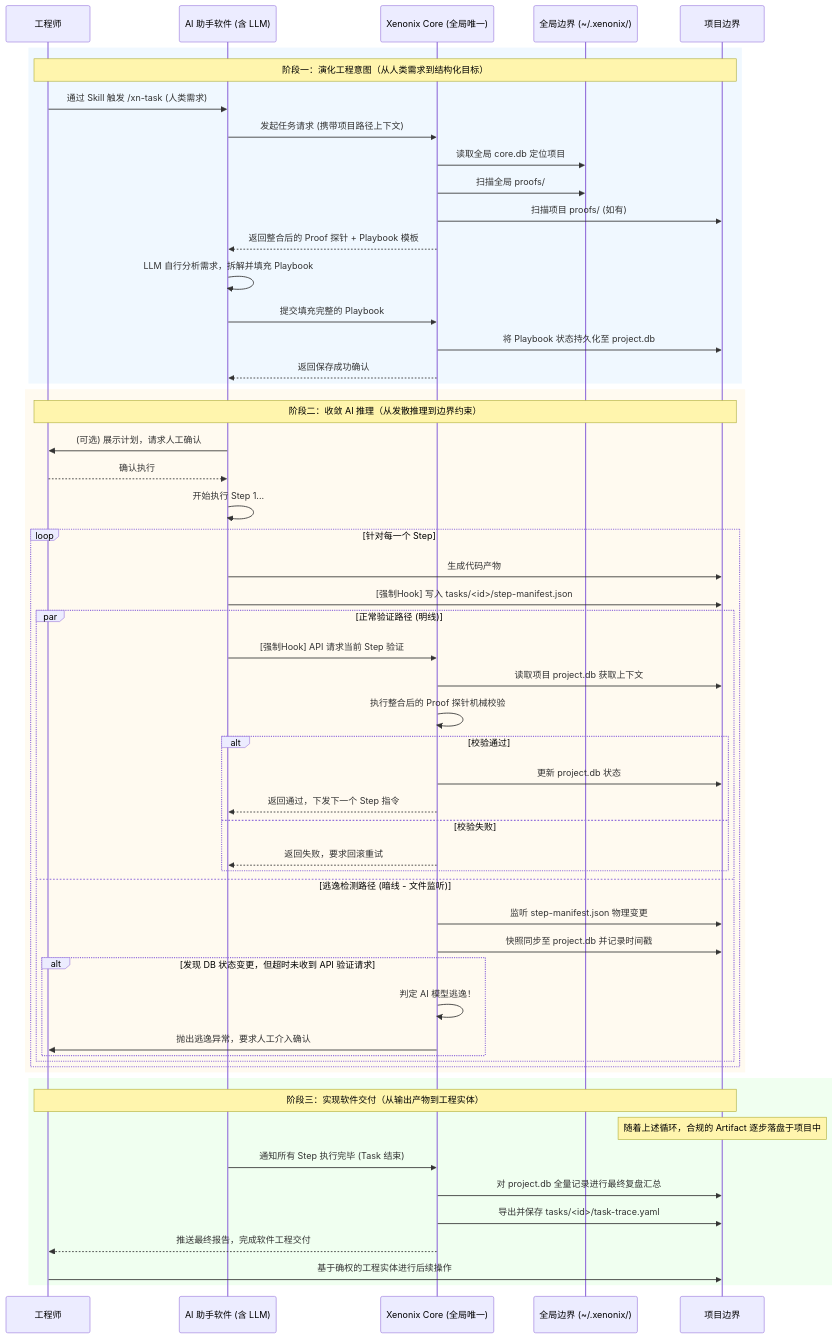
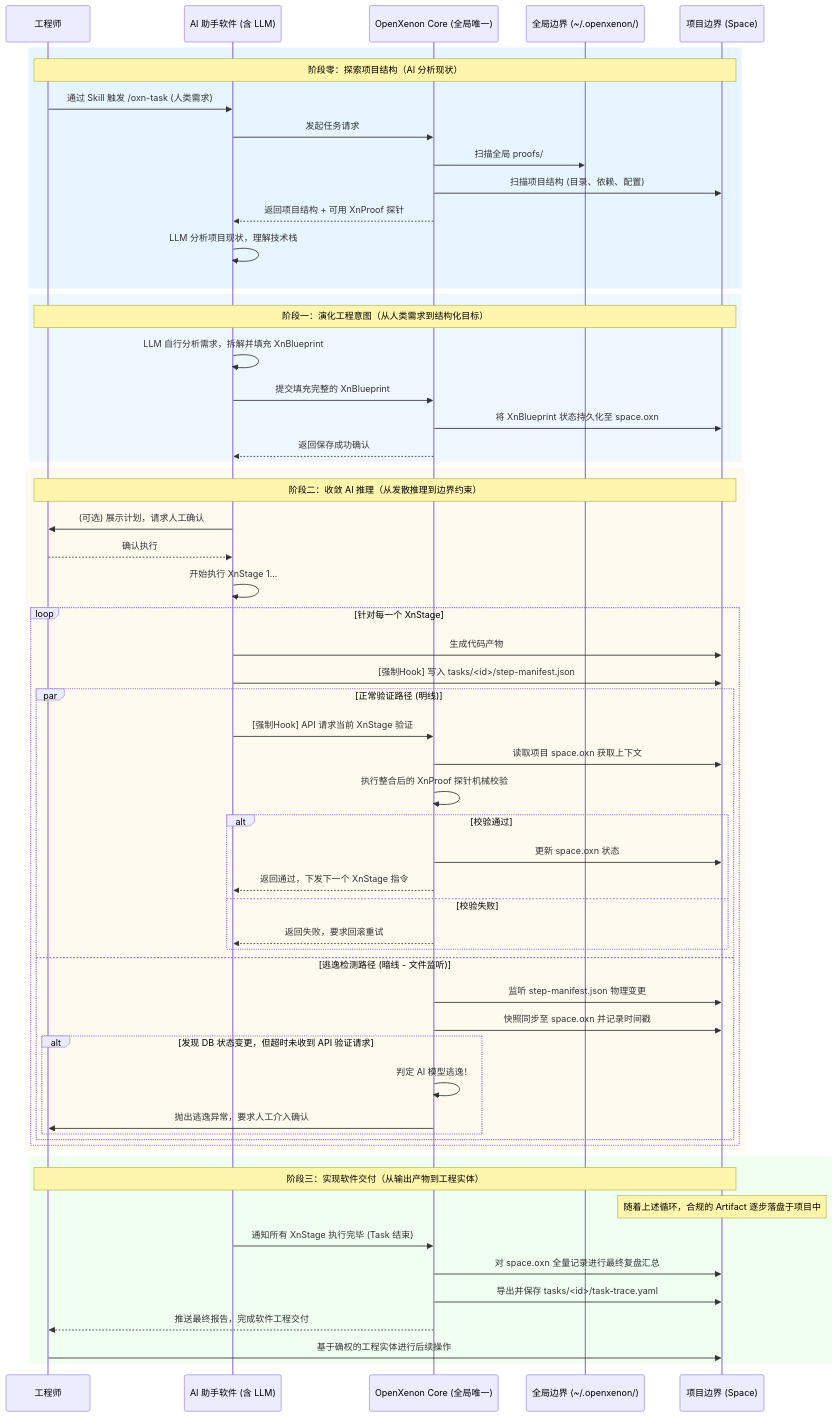
One commit to istuen/openxenon changed the diagram in README.md. Above: the diagram before and after it, drawn with Mermaid. The commit also changed other lines of this file and 21 other files, not shown here.

````diff
--- a/README.md
+++ b/README.md
@@ -164,60 +245,63 @@
-```mermaid
-sequenceDiagram
-    participant Eng as 工程师
-    participant AI as AI 助手软件 (含 LLM)
-    participant Core as Xenonix Core (全局唯一)
-    participant GFS as 全局边界 (~/.xenonix/)
-    participant PFS as 项目边界
-    rect rgb(240, 248, 255)
-    Note over Eng, PFS: 阶段一：演化工程意图（从人类需求到结构化目标）
-    Eng->>AI: 通过 Skill 触发 /xn-task (人类需求)
-    AI->>Core: 发起任务请求 (携带项目路径上下文)
-    Core->>GFS: 读取全局 core.db 定位项目
-    Core->>GFS: 扫描全局 proofs/
-    Core->>PFS: 扫描项目 proofs/ (如有)
-    Core-->>AI: 返回整合后的 Proof 探针 + Playbook 模板
-    AI->>AI: LLM 自行分析需求，拆解并填充 Playbook
-    AI->>Core: 提交填充完整的 Playbook
-    Core->>PFS: 将 Playbook 状态持久化至 project.db
-    Core-->>AI: 返回保存成功确认
-    end
+ ```mermaid
+ sequenceDiagram
+     participant Eng as 工程师
+     participant AI as AI 助手软件 (含 LLM)
+     participant Core as OpenXenon Core (全局唯一)
+     participant GFS as 全局边界 (~/.openxenon/)
+     participant PFS as 项目边界 (Space)
+     rect rgb(230, 245, 255)
+     Note over Eng, PFS: 阶段零：探索项目结构（AI 分析现状）
+     Eng->>AI: 通过 Skill 触发 /oxn-task (人类需求)
+     AI->>Core: 发起任务请求
+     Core->>GFS: 扫描全局 proofs/
+     Core->>PFS: 扫描项目结构 (目录、依赖、配置)
+     Core-->>AI: 返回项目结构 + 可用 XnProof 探针
+     AI->>AI: LLM 分析项目现状，理解技术栈
+     end
+     rect rgb(240, 248, 255)
+     Note over Eng, PFS: 阶段一：演化工程意图（从人类需求到结构化目标）
+     AI->>AI: LLM 自行分析需求，拆解并填充 XnBlueprint
+     AI->>Core: 提交填充完整的 XnBlueprint
+     Core->>PFS: 将 XnBlueprint 状态持久化至 space.oxn
+     Core-->>AI: 返回保存成功确认
+     end
     rect rgb(255, 250, 240)
     Note over Eng, PFS: 阶段二：收敛 AI 推理（从发散推理到边界约束）
     
     AI->>Eng: (可选) 展示计划，请求人工确认
     Eng-->>AI: 确认执行
-    AI->>AI: 开始执行 Step 1...
-    loop 针对每一个 Step
+    AI->>AI: 开始执行 XnStage 1...
+    loop 针对每一个 XnStage
         AI->>PFS: 生成代码产物
         AI->>PFS: [强制Hook] 写入 tasks/<id>/step-manifest.json
         
         par 正常验证路径 (明线)
-            AI->>Core: [强制Hook] API 请求当前 Step 验证
-            Core->>PFS: 读取项目 project.db 获取上下文
-            Core->>Core: 执行整合后的 Proof 探针机械校验
+            AI->>Core: [强制Hook] API 请求当前 XnStage 验证
+            Core->>PFS: 读取项目 space.oxn 获取上下文
+            Core->>Core: 执行整合后的 XnProof 探针机械校验
             alt 校验通过
-                Core->>PFS: 更新 project.db 状态
-                Core-->>AI: 返回通过，下发下一个 Step 指令
+                Core->>PFS: 更新 space.oxn 状态
+                Core-->>AI: 返回通过，下发下一个 XnStage 指令
             else 校验失败
                 Core-->>AI: 返回失败，要求回滚重试
             end
         and 逃逸检测路径 (暗线 - 文件监听)
             Core->>PFS: 监听 step-manifest.json 物理变更
-            Core->>PFS: 快照同步至 project.db 并记录时间戳
+            Core->>PFS: 快照同步至 space.oxn 并记录时间戳
             alt 发现 DB 状态变更，但超时未收到 API 验证请求
                 Core->>Core: 判定 AI 模型逃逸！
                 Core->>Eng: 抛出逃逸异常，要求人工介入确认
             end
         end
     end
     end
     rect rgb(240, 255, 240)
     Note over Eng, PFS: 阶段三：实现软件交付（从输出产物到工程实体）
     Note over PFS: 随着上述循环，合规的 Artifact 逐步落盘于项目中
-    AI->>Core: 通知所有 Step 执行完毕 (Task 结束)
-    Core->>PFS: 对 project.db 全量记录进行最终复盘汇总
+    AI->>Core: 通知所有 XnStage 执行完毕 (Task 结束)
+    Core->>PFS: 对 space.oxn 全量记录进行最终复盘汇总
     Core->>PFS: 导出并保存 tasks/<id>/task-trace.yaml
     Core-->>Eng: 推送最终报告，完成软件工程交付
     Eng->>PFS: 基于确权的工程实体进行后续操作
     end
 ```
````
